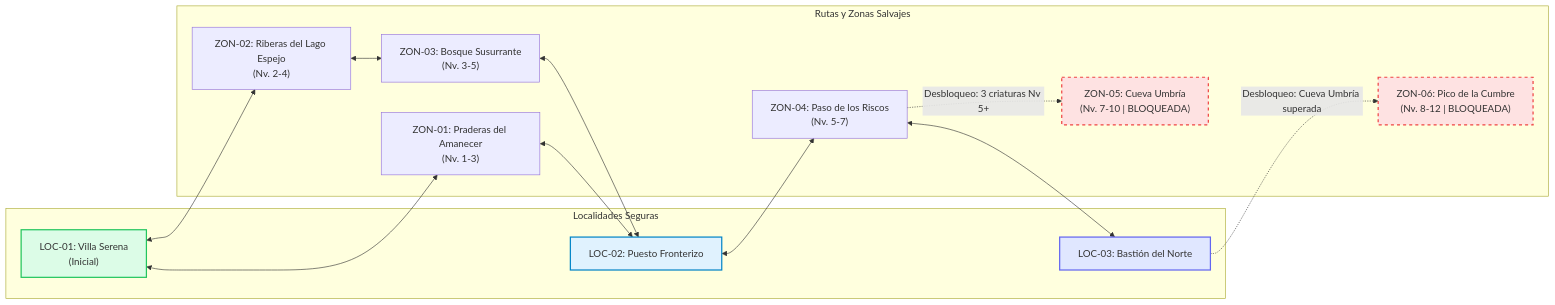
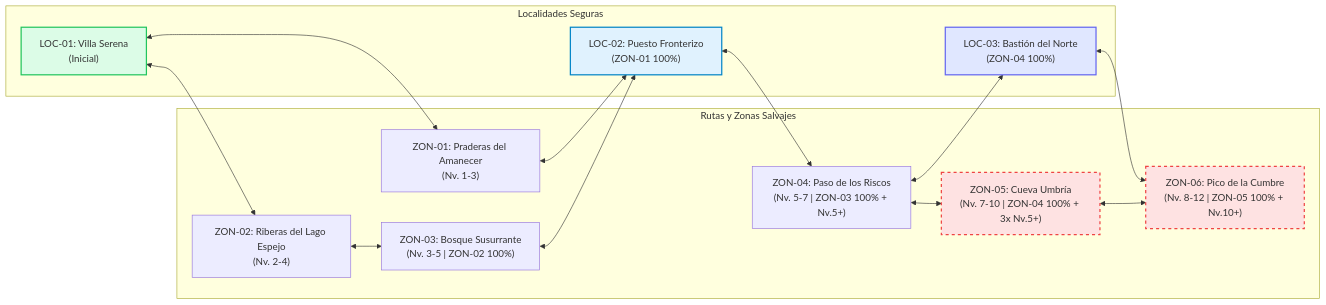
Before and after one commit to EduardoVal3/aventura-web-criaturas: the diagram in docs/diseno-juego.md, drawn with Mermaid. The commit also changed other lines of this file and 6 other files, not shown here.

````diff
--- a/docs/diseno-juego.md
+++ b/docs/diseno-juego.md
@@ -53,33 +55,34 @@
 ```mermaid
 flowchart LR
     subgraph Localidades ["Localidades Seguras"]
         LOC01["LOC-01: Villa Serena\n(Inicial)"]
-        LOC02["LOC-02: Puesto Fronterizo"]
-        LOC03["LOC-03: Bastión del Norte"]
+        LOC02["LOC-02: Puesto Fronterizo\n(ZON-01 100%)"]
+        LOC03["LOC-03: Bastión del Norte\n(ZON-04 100%)"]
     end
 
     subgraph Zonas ["Rutas y Zonas Salvajes"]
         ZON01["ZON-01: Praderas del Amanecer\n(Nv. 1-3)"]
         ZON02["ZON-02: Riberas del Lago Espejo\n(Nv. 2-4)"]
-        ZON03["ZON-03: Bosque Susurrante\n(Nv. 3-5)"]
-        ZON04["ZON-04: Paso de los Riscos\n(Nv. 5-7)"]
-        ZON05["ZON-05: Cueva Umbría\n(Nv. 7-10 | BLOQUEADA)"]
-        ZON06["ZON-06: Pico de la Cumbre\n(Nv. 8-12 | BLOQUEADA)"]
+        ZON03["ZON-03: Bosque Susurrante\n(Nv. 3-5 | ZON-02 100%)"]
+        ZON04["ZON-04: Paso de los Riscos\n(Nv. 5-7 | ZON-03 100% + Nv.5+)"]
+        ZON05["ZON-05: Cueva Umbría\n(Nv. 7-10 | ZON-04 100% + 3x Nv.5+)"]
+        ZON06["ZON-06: Pico de la Cumbre\n(Nv. 8-12 | ZON-05 100% + Nv.10+)"]
     end
 
     LOC01 <--> ZON01
     LOC01 <--> ZON02
     ZON01 <--> LOC02
     ZON02 <--> ZON03
     ZON03 <--> LOC02
     LOC02 <--> ZON04
     ZON04 <--> LOC03
-    ZON04 -.->|Desbloqueo: 3 criaturas Nv 5+| ZON05
-    LOC03 -.->|Desbloqueo: Cueva Umbría superada| ZON06
+    ZON04 <--> ZON05
+    LOC03 <--> ZON06
+    ZON05 <--> ZON06
 
     style ZON05 fill:#fee2e2,stroke:#ef4444,stroke-width:2px,stroke-dasharray: 5 5
     style ZON06 fill:#fee2e2,stroke:#ef4444,stroke-width:2px,stroke-dasharray: 5 5
     style LOC01 fill:#dcfce7,stroke:#22c55e,stroke-width:2px
     style LOC02 fill:#e0f2fe,stroke:#0284c7,stroke-width:2px
     style LOC03 fill:#e0e7ff,stroke:#6366f1,stroke-width:2px
 ```
````
